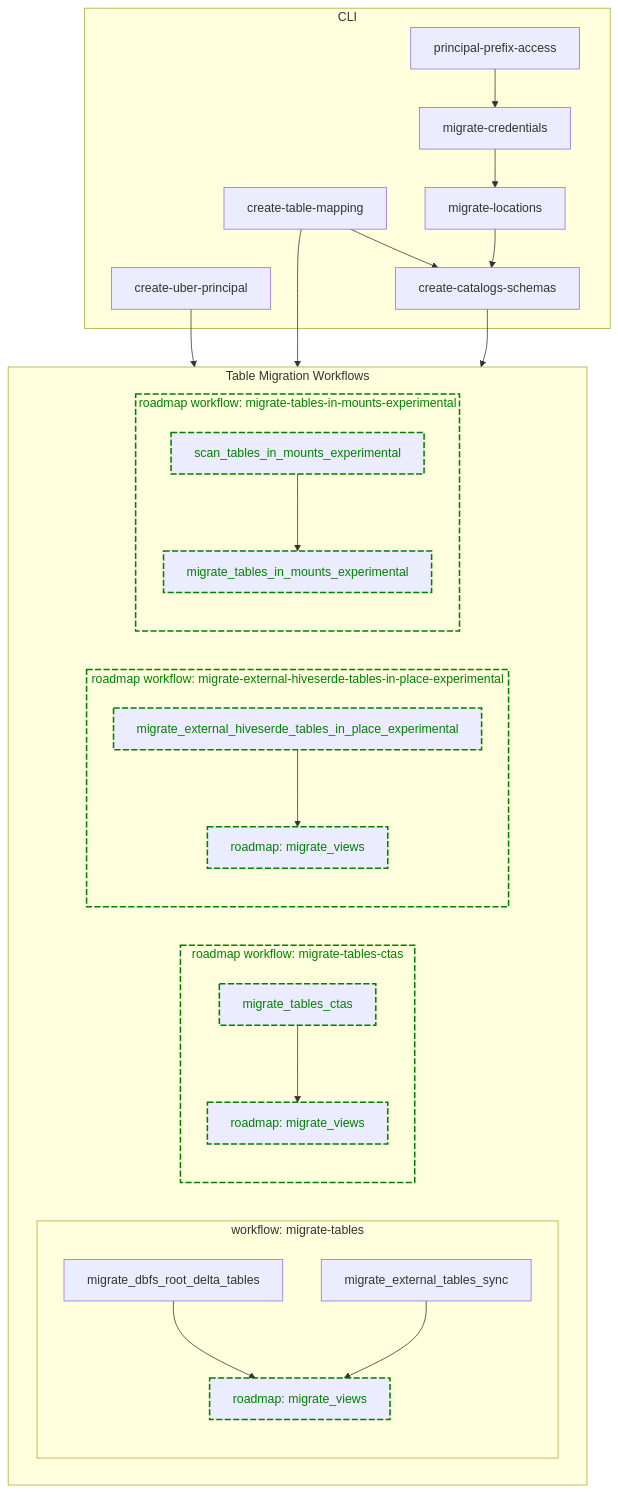
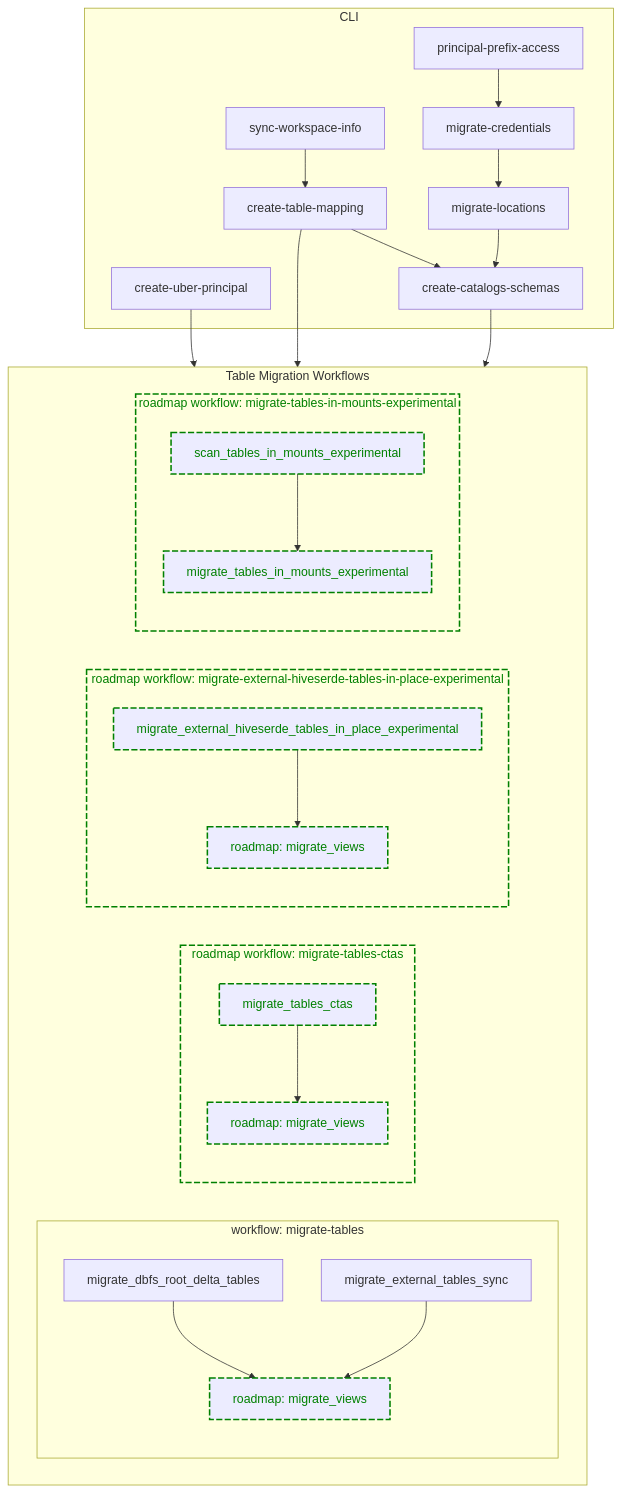
The second of 2 diagrams in README.md (databrickslabs/ucx), drawn with Mermaid before and after one commit.

Commit message:
Add missing step sync-workspace-info

````diff
--- a/README.md
+++ b/README.md
@@ -353,43 +353,44 @@
 ```mermaid
 flowchart TB
     subgraph CLI
+      sync-workspace-info[sync-workspace-info] --> create_table_mapping[create-table-mapping]
       create_table_mapping[create-table-mapping] --> create_catalogs_schemas[create-catalogs-schemas]
       create_uber_principal[create-uber-principal]
       principal_prefix_access[principal-prefix-access] --> migrate_credentials[migrate-credentials]
       migrate_credentials --> migrate_locations[migrate-locations]
       migrate_locations --> create_catalogs_schemas
     end
     
     create_uber_principal --> workflow
     create_table_mapping --> workflow
     create_catalogs_schemas --> workflow
     
     subgraph workflow[Table Migration Workflows]
       subgraph mt_workflow[workflow: migrate-tables]
         dbfs_root_delta_mt_task[migrate_dbfs_root_delta_tables]
         external_tables_sync_mt_task[migrate_external_tables_sync]
         view_mt_task[roadmap: migrate_views]
         dbfs_root_delta_mt_task --> view_mt_task
         external_tables_sync_mt_task --> view_mt_task
       end
       
       subgraph mt_ctas_wf[roadmap workflow: migrate-tables-ctas]
         ctas_mt_task[migrate_tables_ctas] --> view_mt_task_ctas[roadmap: migrate_views]
       end
   
       subgraph mt_serde_inplace_wf[roadmap workflow: migrate-external-hiveserde-tables-in-place-experimental]
         serde_inplace_mt_task[migrate_external_hiveserde_tables_in_place_experimental] --> view_mt_task_inplace[roadmap: migrate_views]
       end
   
       subgraph mt_in_mounts_wf[roadmap workflow: migrate-tables-in-mounts-experimental]
         scan_tables_in_mounts_experimental_task[scan_tables_in_mounts_experimental] --> 
         migrate_tables_in_mounts_experimental[migrate_tables_in_mounts_experimental]
       end
     end
     
     classDef roadmap stroke:Green,stroke-width:2px,color:Green,stroke-dasharray: 8 3
     class view_mt_task roadmap;
     class mt_ctas_wf,ctas_mt_task,view_mt_task_ctas roadmap;
     class mt_serde_inplace_wf,serde_inplace_mt_task,view_mt_task_inplace roadmap;
     class mt_in_mounts_wf,scan_tables_in_mounts_experimental_task,migrate_tables_in_mounts_experimental roadmap;
 ```
````
